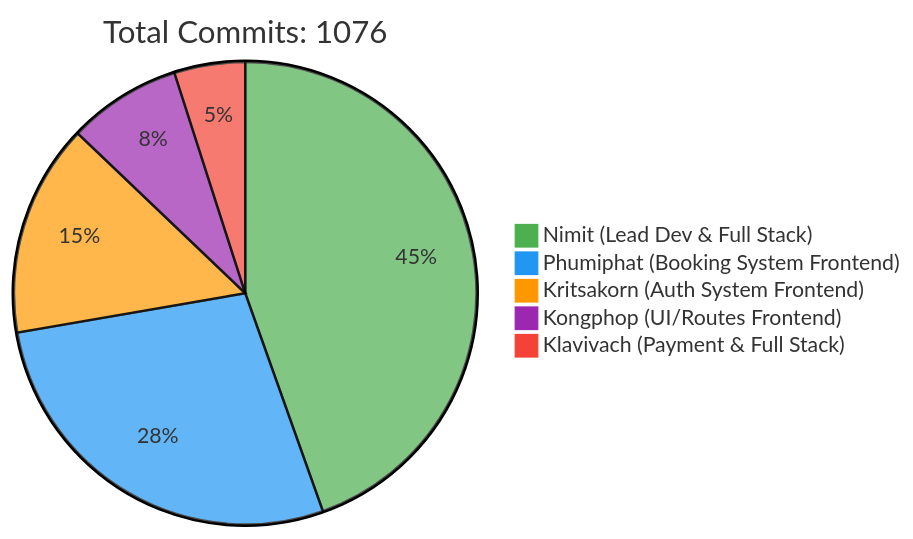
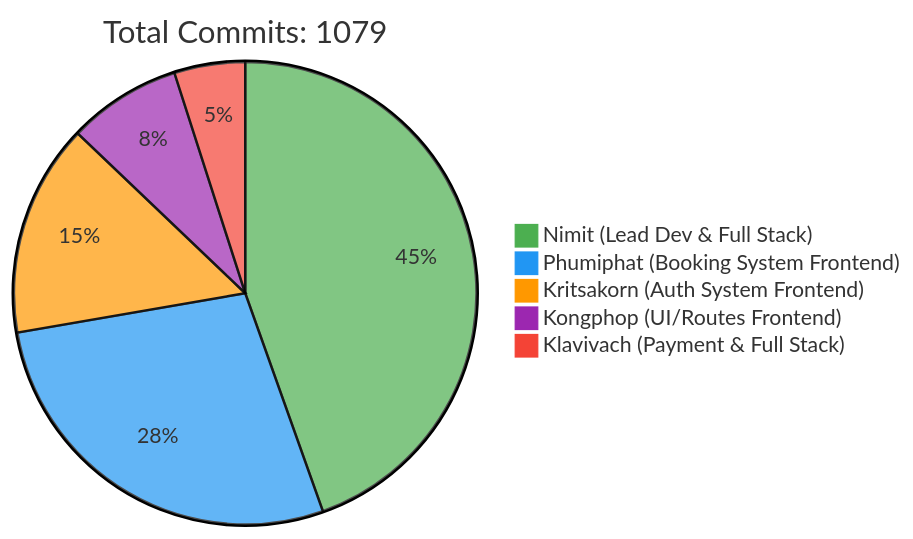
Before and after one commit to 6531503042/Sport-Complex: the first of 2 diagrams in README.md, drawn with Mermaid. The commit also changed other lines of this file, not shown here.

Commit message:
docs: Update contributor statistics [skip ci]

````diff
--- a/README.md
+++ b/README.md
@@ -243,10 +243,10 @@
 ```mermaid
 %%{init: {'theme': 'base', 'themeVariables': { 'pie1': '#4CAF50', 'pie2': '#2196F3', 'pie3': '#FF9800', 'pie4': '#9C27B0', 'pie5': '#F44336'}}}%%
 pie
-    title Total Commits: 1076
+    title Total Commits: 1079
     "Nimit (Lead Dev & Full Stack)" : 450
     "Phumiphat (Booking System Frontend)" : 280
     "Kritsakorn (Auth System Frontend)" : 150
     "Kongphop (UI/Routes Frontend)" : 80
     "Klavivach (Payment & Full Stack)" : 50
 ```
````
